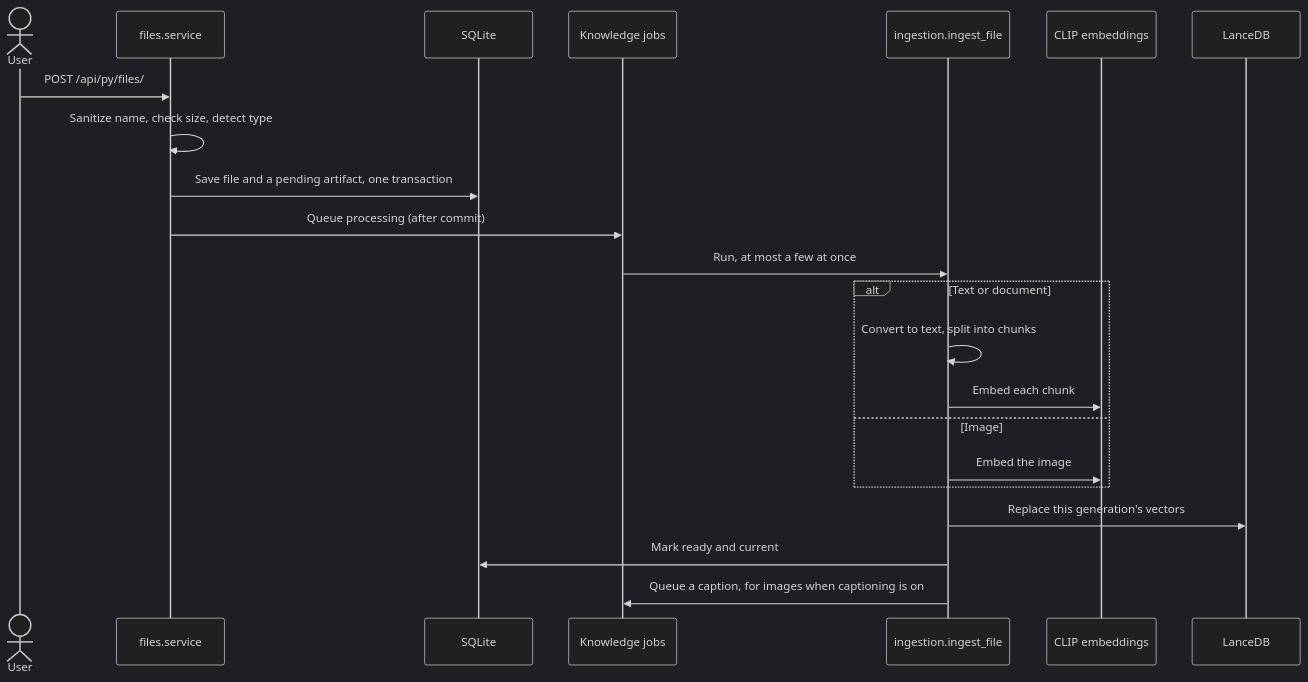
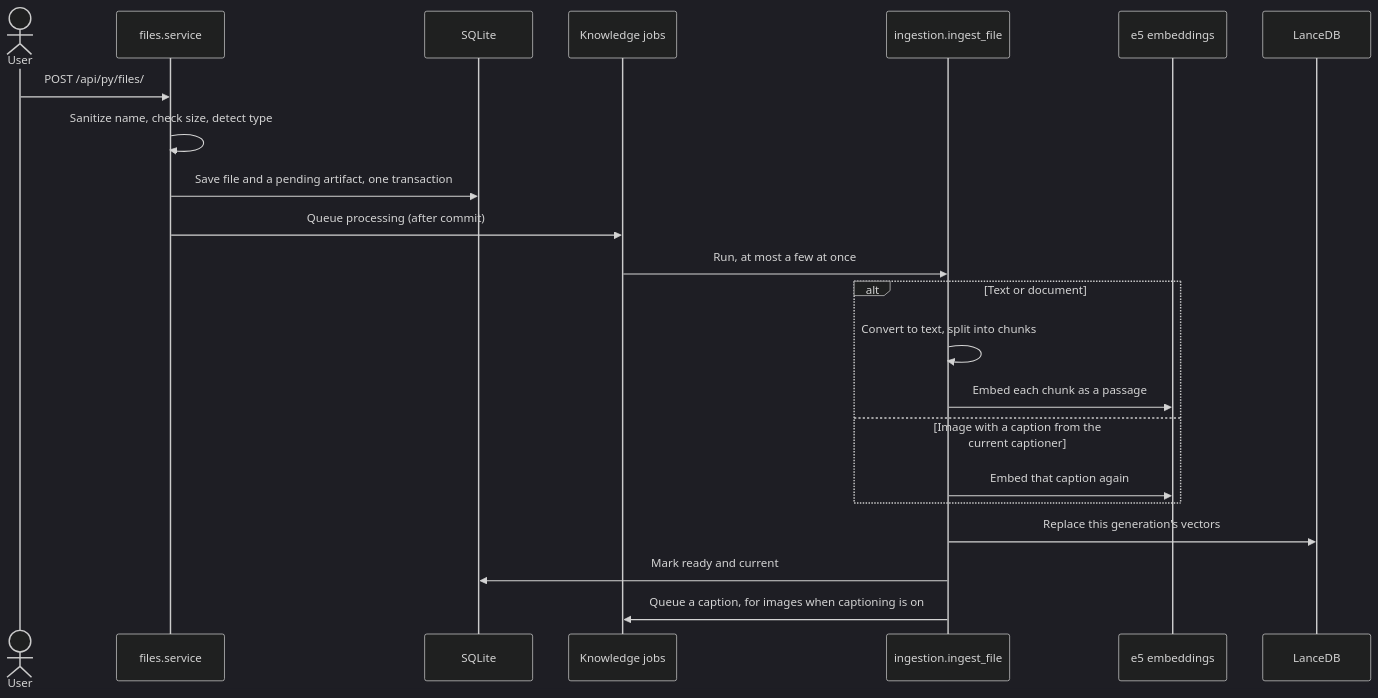
The diagram in docs/architecture/file-knowledge-processing.md (dbracewell/Asterism), drawn with Mermaid (dark theme) before and after one commit. The commit also changed other lines of this file and 15 other files, not shown here.

First line of the commit message:
docs: multilingual embeddings and caption-only image search (US-99.4)

````diff
--- a/docs/architecture/file-knowledge-processing.md
+++ b/docs/architecture/file-knowledge-processing.md
@@ -35,25 +35,25 @@
 ```mermaid
 sequenceDiagram
     actor User
     participant Files as files.service
     participant DB as SQLite
     participant Jobs as Knowledge jobs
     participant Ingest as ingestion.ingest_file
-    participant Embed as CLIP embeddings
+    participant Embed as e5 embeddings
     participant Vectors as LanceDB
 
     User->>Files: POST /api/py/files/
     Files->>Files: Sanitize name, check size, detect type
     Files->>DB: Save file and a pending artifact, one transaction
     Files->>Jobs: Queue processing (after commit)
     Jobs->>Ingest: Run, at most a few at once
     alt Text or document
         Ingest->>Ingest: Convert to text, split into chunks
-        Ingest->>Embed: Embed each chunk
-    else Image
-        Ingest->>Embed: Embed the image
+        Ingest->>Embed: Embed each chunk as a passage
+    else Image with a caption from the current captioner
+        Ingest->>Embed: Embed that caption again
     end
     Ingest->>Vectors: Replace this generation's vectors
     Ingest->>DB: Mark ready and current
     Ingest->>Jobs: Queue a caption, for images when captioning is on
 ```
````
